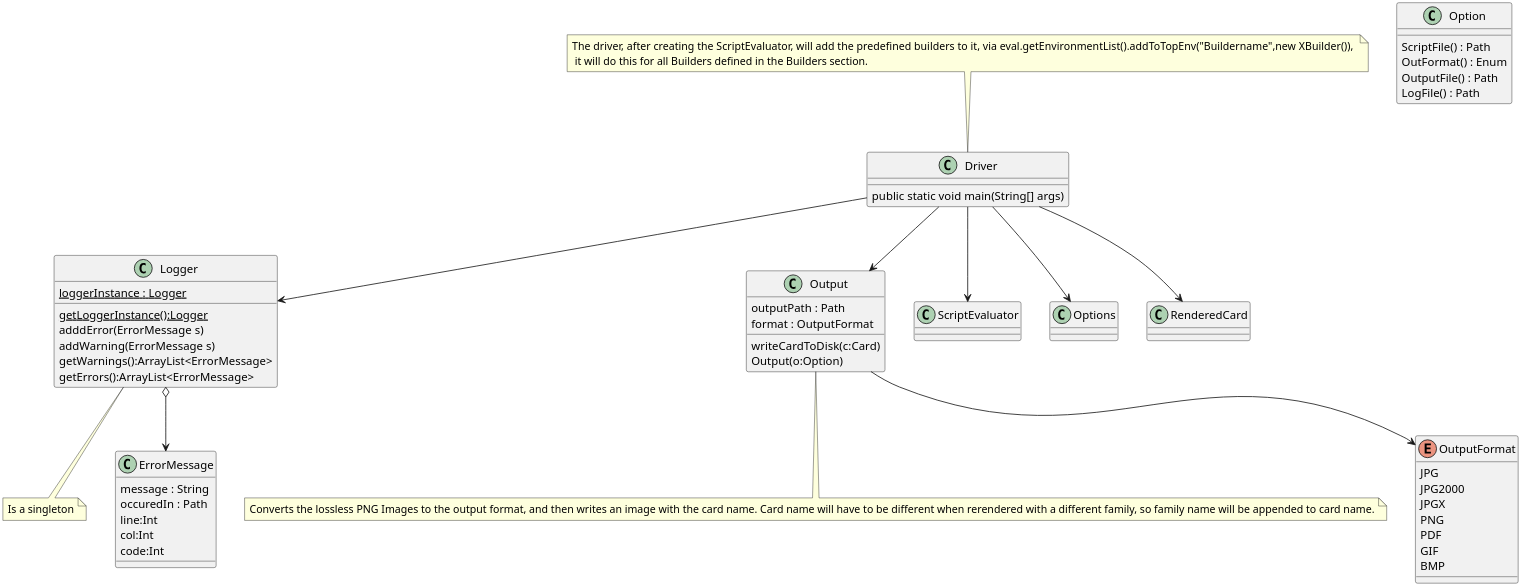
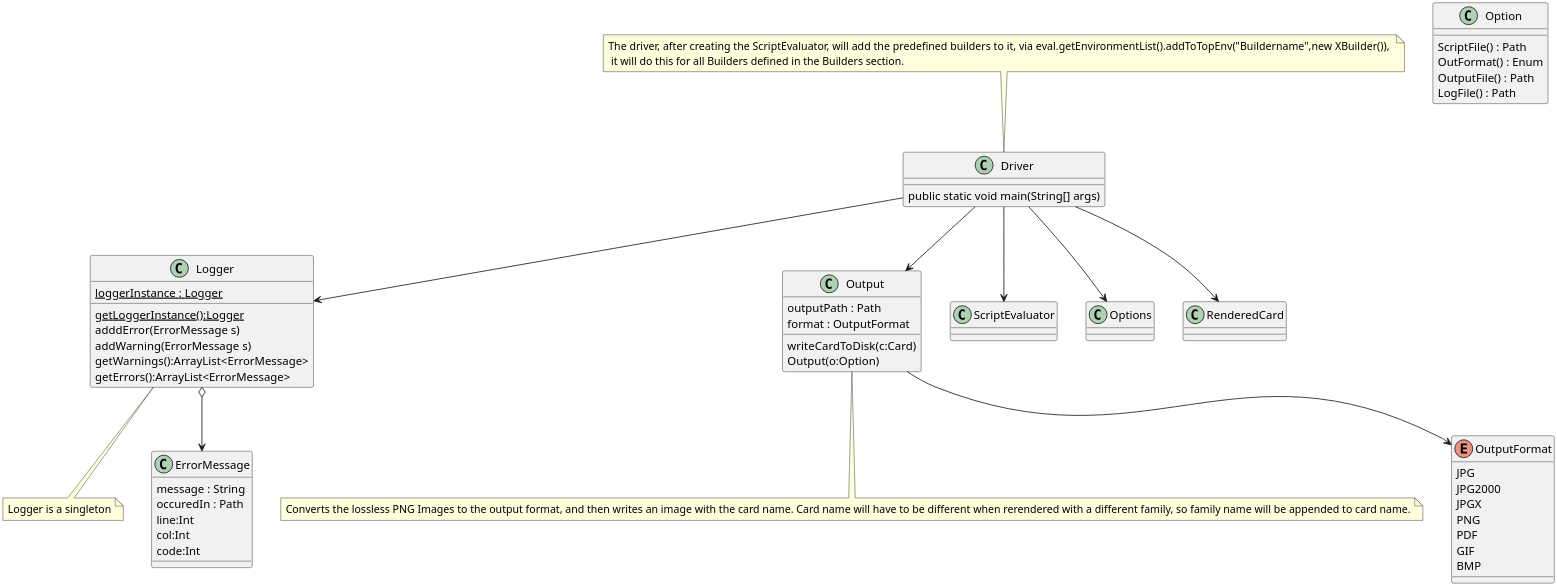
Before and after one commit to MatthewBregg/DesignPatternsRepo: the diagram in Structure_UML/Driver.org, drawn with PlantUML. The commit also changed 5 other files, not shown here.

Commit message:
Updated BuilderConstruction UML, Driver uml, Image UML

```diff
--- a/Structure_UML/Driver.org
+++ b/Structure_UML/Driver.org
@@ -92,64 +92,64 @@
 #+BEGIN_SRC plantuml :file DriverUML.png
 skinparam dpi 300
 
 class Logger
 Logger : {static} loggerInstance : Logger
 Logger : {static} getLoggerInstance():Logger
 Logger : adddError(ErrorMessage s)
 Logger : addWarning(ErrorMessage s)
 Logger : getWarnings():ArrayList<ErrorMessage>
 Logger : getErrors():ArrayList<ErrorMessage>
+note bottom : Logger is a singleton 
 
-note bottom : Is a singleton
 
 
 class ErrorMessage
 ErrorMessage : message : String
 ErrorMessage : occuredIn : Path
 ErrorMessage : line:Int
 ErrorMessage : col:Int
 ErrorMessage : code:Int
 
 Logger o--> ErrorMessage 
 
 class Option
 Option : ScriptFile() : Path
 Option : OutFormat() : Enum
 Option : OutputFile() : Path
 Option : LogFile() : Path
 
 class Output
 Output : outputPath : Path
 Output : format : OutputFormat
 Output : writeCardToDisk(c:Card)
 Output : Output(o:Option)
 note bottom : Converts the lossless PNG Images to the output format, and then writes an image with the card name. Card name will have to be different when rerendered with a different family, so family name will be appended to card name.
 
 
 enum OutputFormat {
   JPG
   JPG2000
   JPGX
   PNG
   PDF
   GIF
   BMP
 }
 
 class Driver
 Driver : public static void main(String[] args)
 
 note top : The driver, after creating the ScriptEvaluator, will add the predefined builders to it, via eval.getEnvironmentList().addToTopEnv("Buildername",new XBuilder()), \n it will do this for all Builders defined in the Builders section.
 
 Output --> OutputFormat
 
 Driver --> Output
 Driver --> ScriptEvaluator
 Driver --> Options
 Driver --> Logger
 Driver --> RenderedCard
   
 
 
 
 #+END_SRC
```
